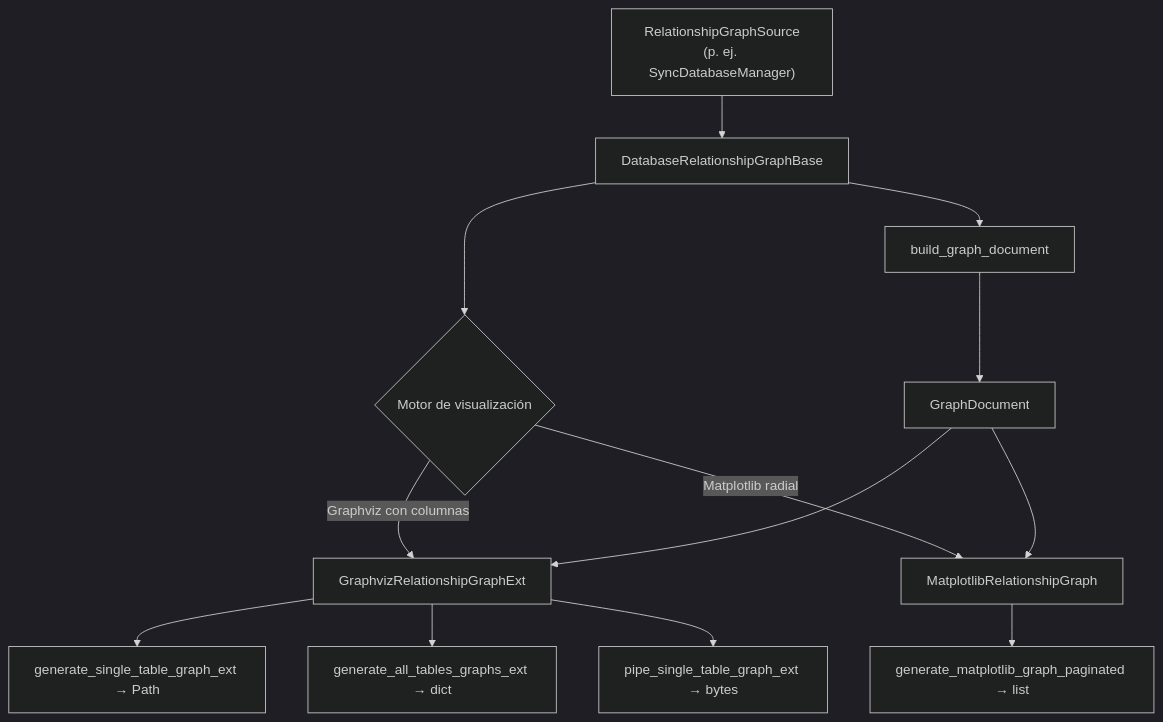
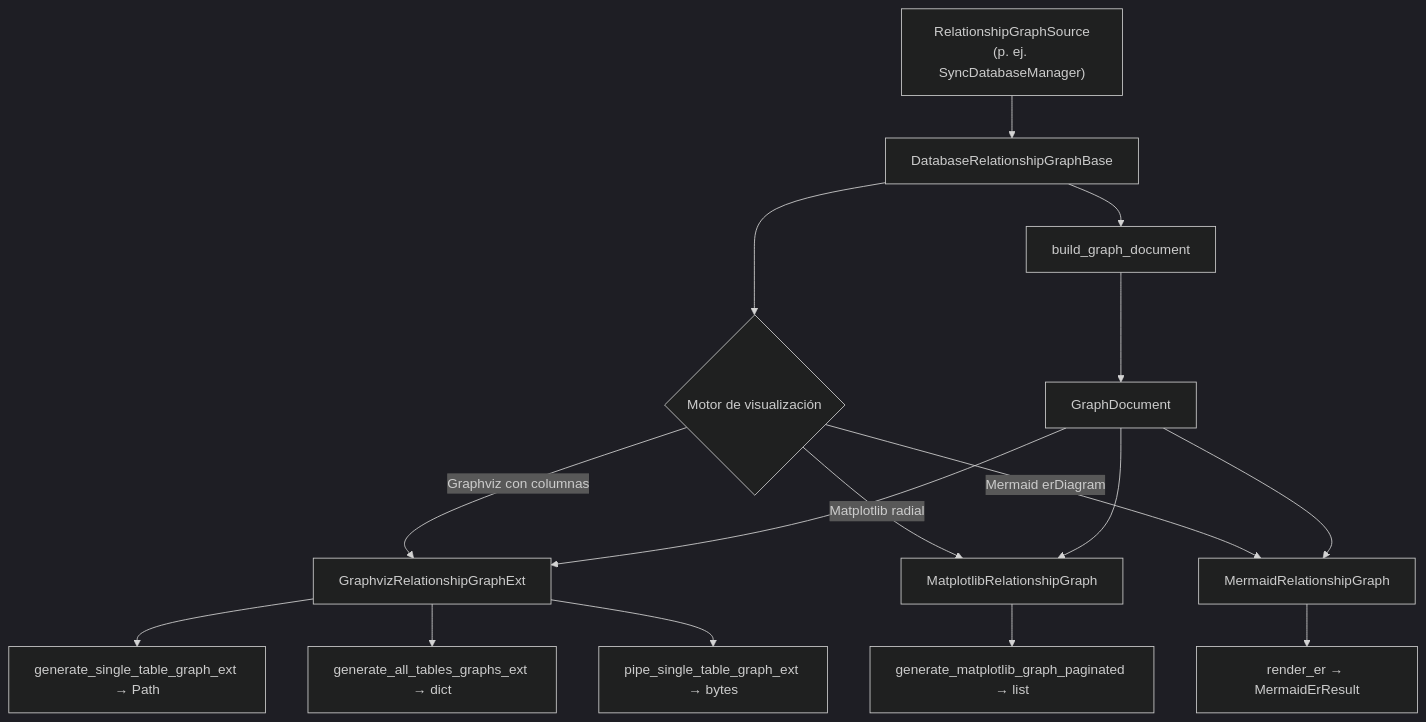
The diagram in docs/api/analysis.md (fmanza/util_bbdd), drawn with Mermaid (dark theme) before and after one commit. The commit also changed other lines of this file and 16 other files, not shown here.

First line of the commit message:
docs(doc): documentación Markdown, MermaidRelationshipGraph y traspaso a la web

````diff
--- a/docs/api/analysis.md
+++ b/docs/api/analysis.md
@@ -7,15 +7,18 @@
 ```mermaid
 flowchart TD
     A["RelationshipGraphSource<br/>(p. ej. SyncDatabaseManager)"] --> B[DatabaseRelationshipGraphBase]
     B --> C{Motor de visualización}
     C -->|Graphviz con columnas| D[GraphvizRelationshipGraphExt]
     C -->|Matplotlib radial| E[MatplotlibRelationshipGraph]
+    C -->|Mermaid erDiagram| MR[MermaidRelationshipGraph]
     B --> F[build_graph_document]
     F --> G[GraphDocument]
     G --> D
     G --> E
+    G --> MR
+    MR --> MT[render_er → MermaidErResult]
     D --> H[generate_single_table_graph_ext → Path]
     D --> I[generate_all_tables_graphs_ext → dict]
     D --> J[pipe_single_table_graph_ext → bytes]
     E --> K[generate_matplotlib_graph_paginated → list]
 ```
````
